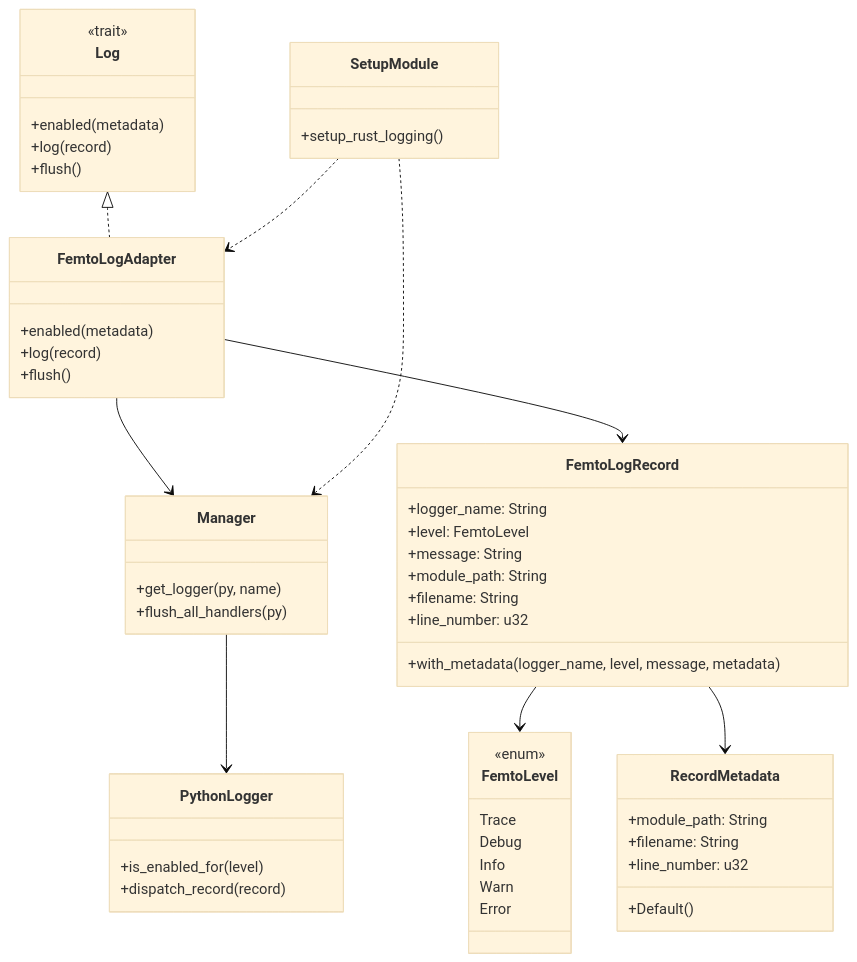
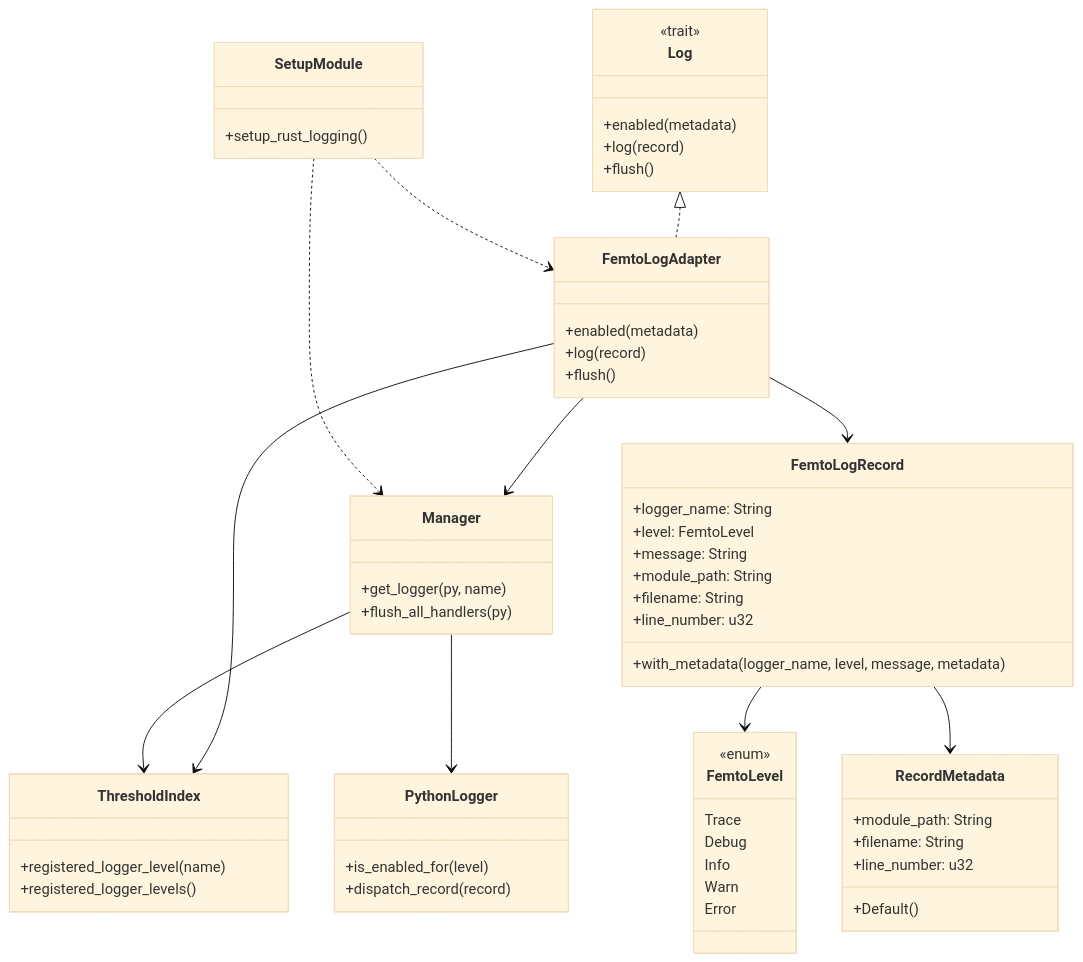
One commit to leynos/femtologging changed the sixth of 8 diagrams in docs/rust-multithreaded-logging-framework-for-python-design.md. Above: the diagram before and after it, drawn with Mermaid (base theme). The commit also changed other lines of this file and 58 other files, not shown here.

````diff
--- a/docs/rust-multithreaded-logging-framework-for-python-design.md
+++ b/docs/rust-multithreaded-logging-framework-for-python-design.md
@@ -1311,64 +1305,71 @@
 ```mermaid
 classDiagram
     class Log {
         <<trait>>
         +enabled(metadata)
         +log(record)
         +flush()
     }
 
     class FemtoLogAdapter {
         +enabled(metadata)
         +log(record)
         +flush()
     }
 
     class FemtoLevel {
         <<enum>>
         Trace
         Debug
         Info
         Warn
         Error
     }
 
     class FemtoLogRecord {
         +logger_name: String
         +level: FemtoLevel
         +message: String
         +module_path: String
         +filename: String
         +line_number: u32
         +with_metadata(logger_name, level, message, metadata)
     }
 
     class RecordMetadata {
         +module_path: String
         +filename: String
         +line_number: u32
         +Default()
     }
 
     class Manager {
         +get_logger(py, name)
         +flush_all_handlers(py)
     }
 
+    class ThresholdIndex {
+        +registered_logger_level(name)
+        +registered_logger_levels()
+    }
+
     class PythonLogger {
         +is_enabled_for(level)
         +dispatch_record(record)
     }
 
     class SetupModule {
         +setup_rust_logging()
     }
 
     Log <|.. FemtoLogAdapter
     FemtoLogAdapter --> Manager
+    FemtoLogAdapter --> ThresholdIndex
     Manager --> PythonLogger
+    Manager --> ThresholdIndex
     FemtoLogAdapter --> FemtoLogRecord
     FemtoLogRecord --> FemtoLevel
     FemtoLogRecord --> RecordMetadata
     SetupModule ..> FemtoLogAdapter
     SetupModule ..> Manager
 ```
````
